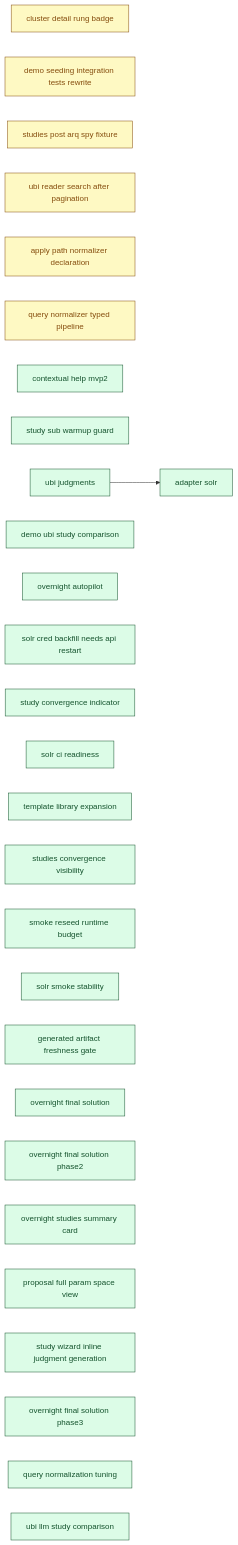
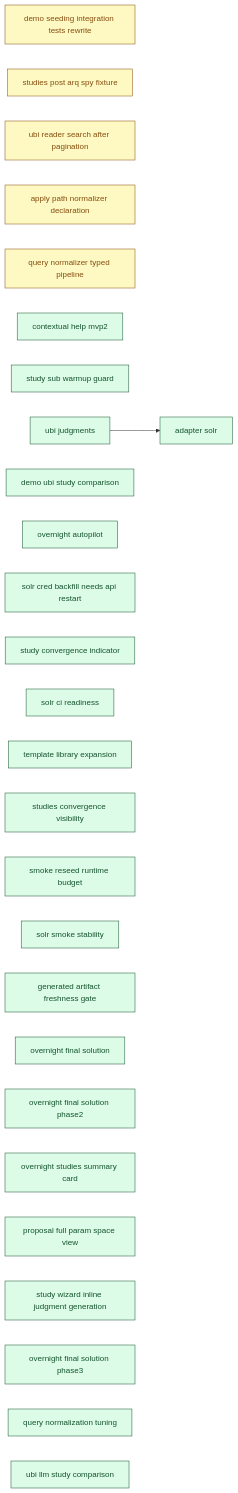
Before and after one commit to SoundMindsAI/relyloop: the diagram in docs/00_overview/MVP2_DASHBOARD.md, drawn with Mermaid. The commit also changed other lines of this file and 6 other files, not shown here.

First line of the commit message:
chore(docs): regenerate dashboards + public roadmap (finalization drift) (#468)

````diff
--- a/docs/00_overview/MVP2_DASHBOARD.md
+++ b/docs/00_overview/MVP2_DASHBOARD.md
@@ -113,65 +111,63 @@
 ```mermaid
 graph LR
   classDef done fill:#dcfce7,stroke:#14532d,color:#14532d;
   classDef implement fill:#ffedd5,stroke:#9a3412,color:#9a3412;
   classDef plan fill:#fef9c3,stroke:#854d0e,color:#854d0e;
   classDef spec fill:#dbeafe,stroke:#1e40af,color:#1e40af;
   classDef idea fill:#f1f5f9,stroke:#334155,color:#334155;
-  chore_cluster_detail_rung_badge["cluster detail rung badge"]
-  class chore_cluster_detail_rung_badge plan;
   chore_demo_seeding_integration_tests_rewrite["demo seeding integration tests rewrite"]
   class chore_demo_seeding_integration_tests_rewrite plan;
   chore_studies_post_arq_spy_fixture["studies post arq spy fixture"]
   class chore_studies_post_arq_spy_fixture plan;
   chore_ubi_reader_search_after_pagination["ubi reader search after pagination"]
   class chore_ubi_reader_search_after_pagination plan;
   feat_apply_path_normalizer_declaration["apply path normalizer declaration"]
   class feat_apply_path_normalizer_declaration plan;
   feat_query_normalizer_typed_pipeline["query normalizer typed pipeline"]
   class feat_query_normalizer_typed_pipeline plan;
   feat_contextual_help_mvp2["contextual help mvp2"]
   class feat_contextual_help_mvp2 done;
   feat_study_sub_warmup_guard["study sub warmup guard"]
   class feat_study_sub_warmup_guard done;
   feat_ubi_judgments["ubi judgments"]
   class feat_ubi_judgments done;
   feat_demo_ubi_study_comparison["demo ubi study comparison"]
   class feat_demo_ubi_study_comparison done;
   feat_overnight_autopilot["overnight autopilot"]
   class feat_overnight_autopilot done;
   infra_adapter_solr["adapter solr"]
   class infra_adapter_solr done;
   chore_solr_cred_backfill_needs_api_restart["solr cred backfill needs api restart"]
   class chore_solr_cred_backfill_needs_api_restart done;
   feat_study_convergence_indicator["study convergence indicator"]
   class feat_study_convergence_indicator done;
   infra_solr_ci_readiness["solr ci readiness"]
   class infra_solr_ci_readiness done;
   chore_template_library_expansion["template library expansion"]
   class chore_template_library_expansion done;
   feat_studies_convergence_visibility["studies convergence visibility"]
   class feat_studies_convergence_visibility done;
   infra_smoke_reseed_runtime_budget["smoke reseed runtime budget"]
   class infra_smoke_reseed_runtime_budget done;
   infra_solr_smoke_stability["solr smoke stability"]
   class infra_solr_smoke_stability done;
   infra_generated_artifact_freshness_gate["generated artifact freshness gate"]
   class infra_generated_artifact_freshness_gate done;
   feat_overnight_final_solution["overnight final solution"]
   class feat_overnight_final_solution done;
   feat_overnight_final_solution_phase2["overnight final solution phase2"]
   class feat_overnight_final_solution_phase2 done;
   feat_overnight_studies_summary_card["overnight studies summary card"]
   class feat_overnight_studies_summary_card done;
   feat_proposal_full_param_space_view["proposal full param space view"]
   class feat_proposal_full_param_space_view done;
   feat_study_wizard_inline_judgment_generation["study wizard inline judgment generation"]
   class feat_study_wizard_inline_judgment_generation done;
   feat_overnight_final_solution_phase3["overnight final solution phase3"]
   class feat_overnight_final_solution_phase3 done;
   feat_query_normalization_tuning["query normalization tuning"]
   class feat_query_normalization_tuning done;
   feat_ubi_llm_study_comparison["ubi llm study comparison"]
   class feat_ubi_llm_study_comparison done;
   feat_ubi_judgments --> infra_adapter_solr
 ```
````
